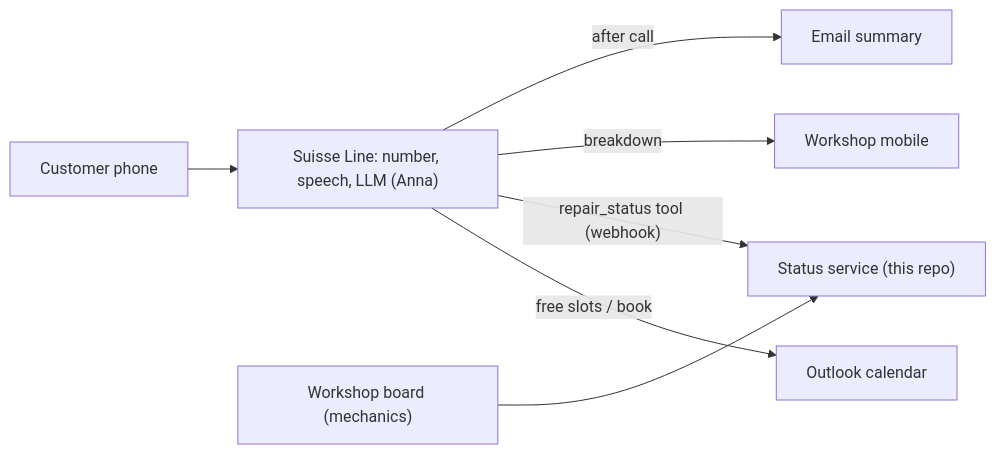
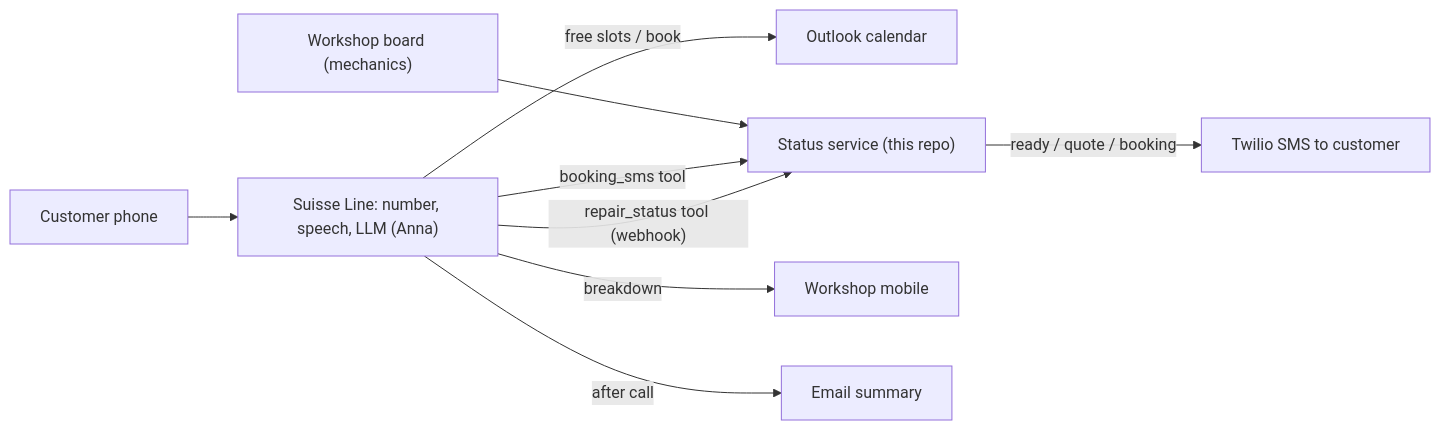
The diagram in README.md (koryun2/suisse-line-garage), drawn with Mermaid before and after one commit. The commit also changed other lines of this file and 5 other files, not shown here.

Commit message:
Add SMS notifications and booking confirmation; fix repeat plate lookups

````diff
--- a/README.md
+++ b/README.md
@@ -9,9 +11,11 @@
 ```mermaid
 flowchart LR
   Caller["Customer phone"] --> SL["Suisse Line: number, speech, LLM (Anna)"]
   SL -->|"free slots / book"| Cal["Outlook calendar"]
   SL -->|"repair_status tool (webhook)"| Svc["Status service (this repo)"]
+  SL -->|"booking_sms tool"| Svc
   Board["Workshop board (mechanics)"] --> Svc
+  Svc -->|"ready / quote / booking"| SMS["Twilio SMS to customer"]
   SL -->|"breakdown"| Fwd["Workshop mobile"]
   SL -->|"after call"| Mail["Email summary"]
 ```
````
